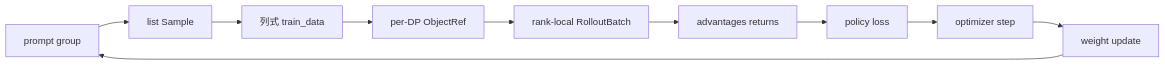
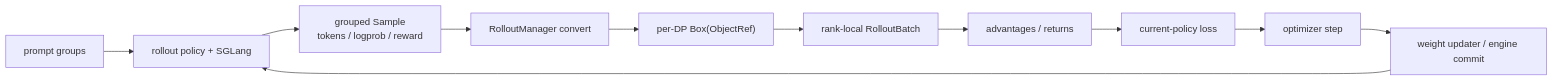
Before and after one commit to OnlyHero5/sglang-reading-vault: the diagram in AI-Infra课程/系统主线/RL训练闭环主线.md, drawn with Mermaid. The commit also changed other lines of this file and 512 other files, not shown here.

````diff
--- a/AI-Infra课程/系统主线/RL训练闭环主线.md
+++ b/AI-Infra课程/系统主线/RL训练闭环主线.md
@@ -31,12 +38,15 @@
 ```mermaid
 flowchart LR
-    P["prompt group"] --> S["list Sample"]
-    S --> T["列式 train_data"]
-    T --> D["per-DP ObjectRef"]
-    D --> B["rank-local RolloutBatch"]
-    B --> A["advantages returns"]
-    A --> L["policy loss"]
-    L --> O["optimizer step"]
-    O --> W["weight update"]
-    W --> P
+    P["prompt groups"]
+    G["rollout policy + SGLang"]
+    S["grouped Sample<br/>tokens / logprob / reward"]
+    C["RolloutManager convert"]
+    D["per-DP Box(ObjectRef)"]
+    B["rank-local RolloutBatch"]
+    A["advantages / returns"]
+    L["current-policy loss"]
+    O["optimizer step"]
+    W["weight updater / engine commit"]
+    P --> G --> S --> C --> D --> B --> A --> L --> O --> W
+    W --> G
 ```
````
